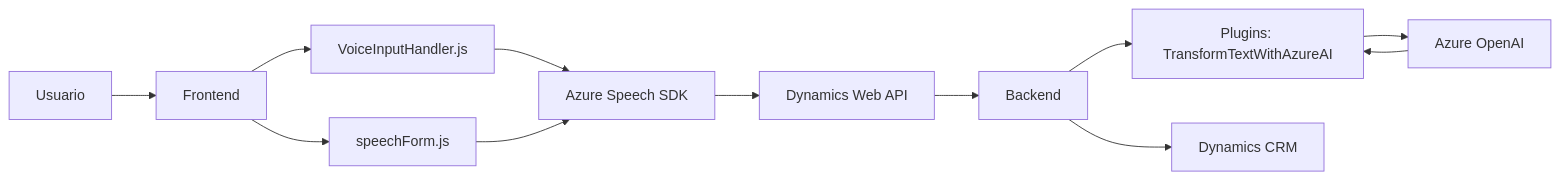
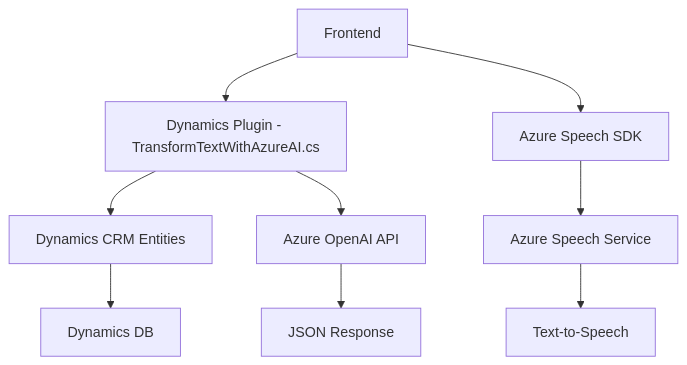
Before and after one commit to blopezdm/NETCORE_BILBAO2025: the diagram in README.md, drawn with Mermaid. The commit also changed other lines of this file, not shown here.

````diff
--- a/README.md
+++ b/README.md
@@ -45,14 +36,11 @@
 ```mermaid
-graph LR
-    A["Usuario"] --> B["Frontend"]
-    B --> C["VoiceInputHandler.js"]
-    B --> D["speechForm.js"]
-    C --> E["Azure Speech SDK"]
-    D --> E
-    E --> F["Dynamics Web API"]
-    F --> G["Backend"]
-    G --> H["Plugins: TransformTextWithAzureAI"]
-    G --> I["Dynamics CRM"]
-    H --> J["Azure OpenAI"]
-    J --> H
+graph TD
+    A["Frontend"] --> B["Dynamics CRM Context"]
+    A["Frontend"] --> C["Azure Speech SDK"]
+    B["Dynamics Plugin - TransformTextWithAzureAI.cs"] --> D["Dynamics CRM Entities"]
+    B --> E["Azure OpenAI API"]
+    C --> F["Azure Speech Service"]
+    D --> G["Dynamics DB"]
+    F --> H["Text-to-Speech"]
+    E --> I["JSON Response"]
 ```
````
